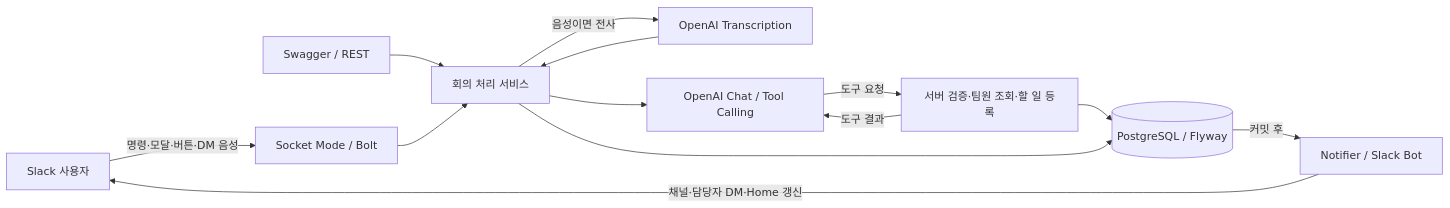
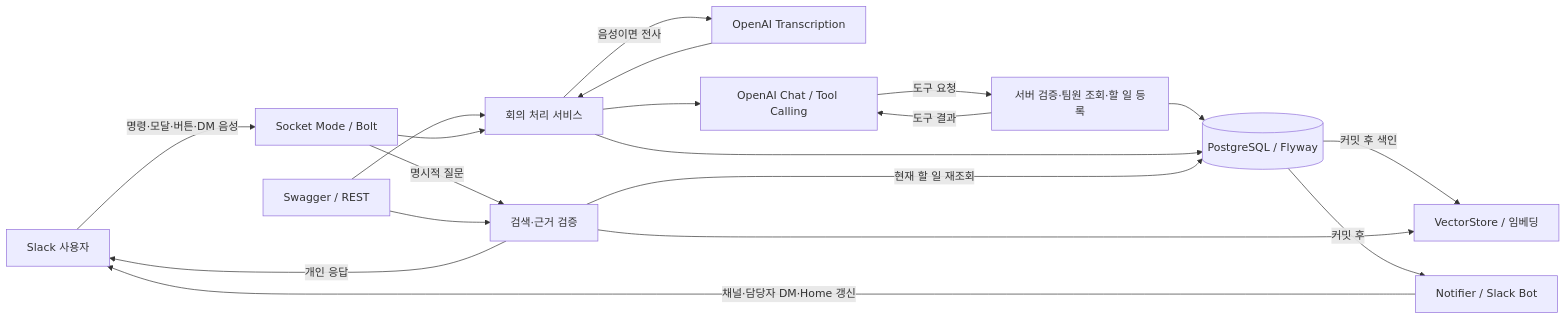
One commit to chaan32/MeetoDo changed the diagram in README.md. Above: the diagram before and after it, drawn with Mermaid. The commit also changed other lines of this file and 3 other files, not shown here.

````diff
--- a/README.md
+++ b/README.md
@@ -22,15 +23,21 @@
 ```mermaid
 flowchart LR
     U[Slack 사용자] -->|명령·모달·버튼·DM 음성| S[Socket Mode / Bolt]
     A[Swagger / REST] --> M[회의 처리 서비스]
     S --> M
     M -->|음성이면 전사| STT[OpenAI Transcription]
     STT --> M
     M --> L[OpenAI Chat / Tool Calling]
     L -->|도구 요청| T[서버 검증·팀원 조회·할 일 등록]
     T -->|도구 결과| L
     T --> DB[(PostgreSQL / Flyway)]
     M --> DB
+    DB -->|커밋 후 색인| V[VectorStore / 임베딩]
+    S -->|명시적 질문| Q[검색·근거 검증]
+    A --> Q
+    Q --> V
+    Q -->|현재 할 일 재조회| DB
+    Q -->|개인 응답| U
     DB -->|커밋 후| N[Notifier / Slack Bot]
     N -->|채널·담당자 DM·Home 갱신| U
 ```
````
